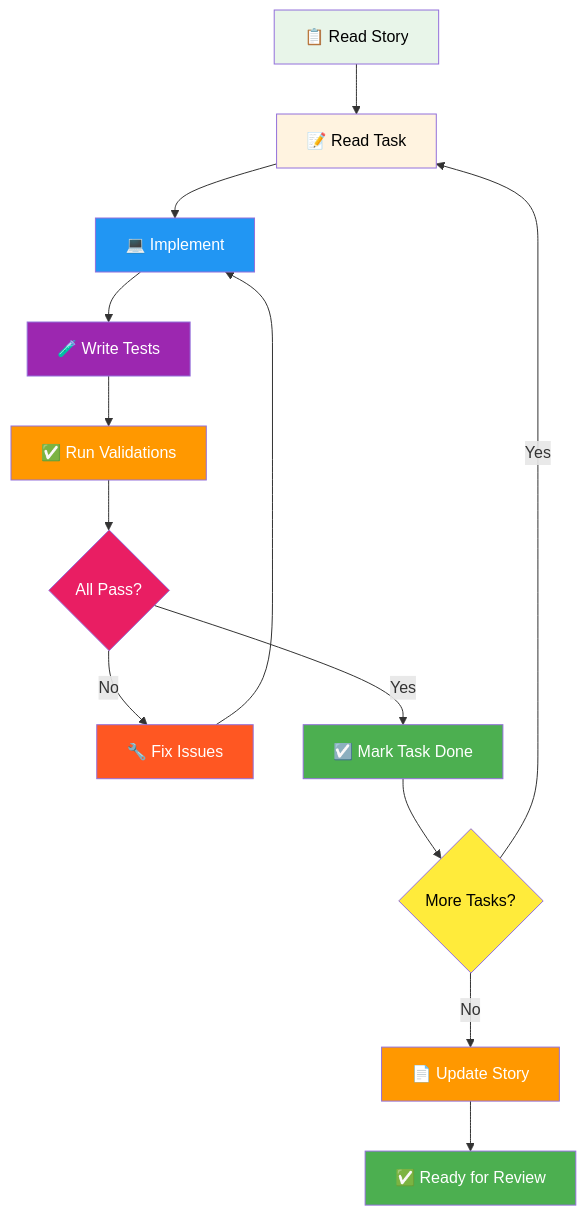
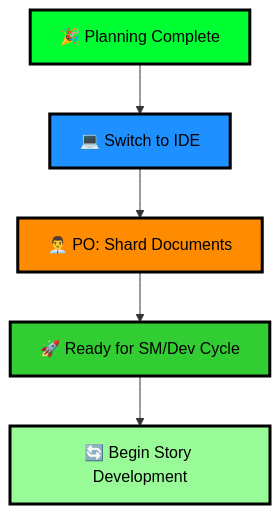
Before and after one commit to garkpit/RT-Vault: the seventh of 12 diagrams in BMAD-method/BMAD-method - a visual guide.md, drawn with Mermaid. The commit also changed other lines of this file and 7 other files, not shown here.

````diff
--- a/BMAD-method/BMAD-method - a visual guide.md
+++ b/BMAD-method/BMAD-method - a visual guide.md
@@ -319,27 +257,13 @@
 ```mermaid
 graph TD
-    A["📋 Read Story"] --> B["📝 Read Task"]
-    B --> C["💻 Implement"]
-    C --> D["🧪 Write Tests"]
-    D --> E["✅ Run Validations"]
-    E --> F{"All Pass?"}
-    F -->|No| G["🔧 Fix Issues"]
-    F -->|Yes| H["☑️ Mark Task Done"]
-    G --> C
-    H --> I{"More Tasks?"}
-    I -->|Yes| B
-    I -->|No| J["📄 Update Story"]
-    J --> K["✅ Ready for Review"]
+    A18["🎉 Planning Complete"] --> A21["💻 Switch to IDE"]
+    A21 --> A22["👨‍💼 PO: Shard Documents"]
+    A22 --> B1["🚀 Ready for SM/Dev Cycle"]
+    B1 --> B2["🔄 Begin Story Development"]
     
-    style A fill:#e8f5e9,color:#000
-    style B fill:#fff3e0,color:#000
-    style C fill:#2196f3,color:#fff
-    style D fill:#9c27b0,color:#fff
-    style E fill:#ff9800,color:#fff
-    style F fill:#e91e63,color:#fff
-    style G fill:#ff5722,color:#fff
-    style H fill:#4caf50,color:#fff
-    style I fill:#ffeb3b,color:#000
-    style J fill:#ff9800,color:#fff
-    style K fill:#4caf50,color:#fff
+    style A18 fill:#00FF32,color:#000000,stroke:#000000,stroke-width:3px
+    style A21 fill:#1E90FF,color:#000000,stroke:#000000,stroke-width:3px
+    style A22 fill:#FF8C00,color:#000000,stroke:#000000,stroke-width:3px
+    style B1 fill:#32CD32,color:#000000,stroke:#000000,stroke-width:3px
+    style B2 fill:#98FB98,color:#000000,stroke:#000000,stroke-width:3px
 ```
````
